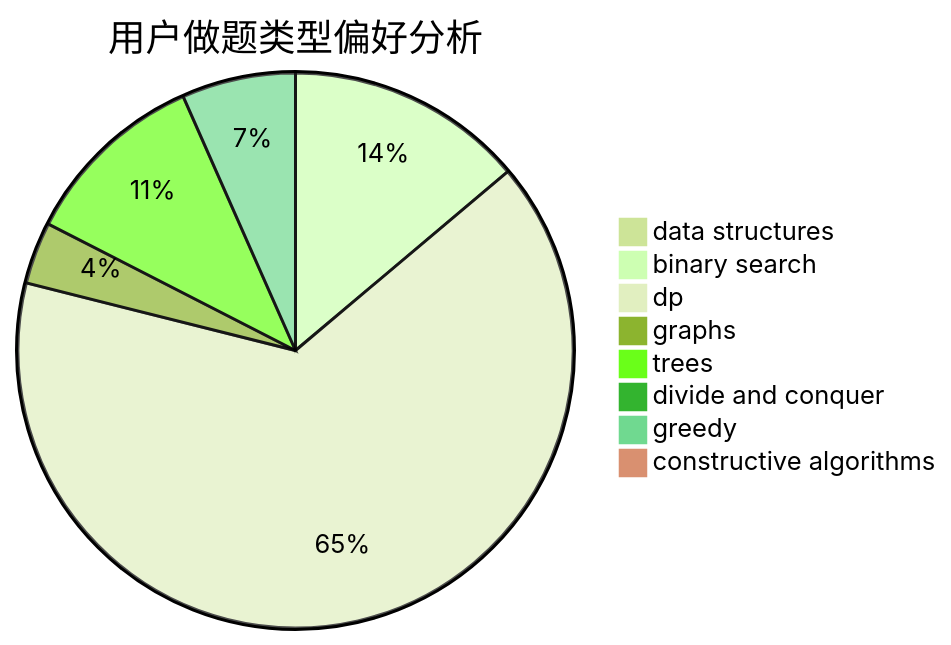
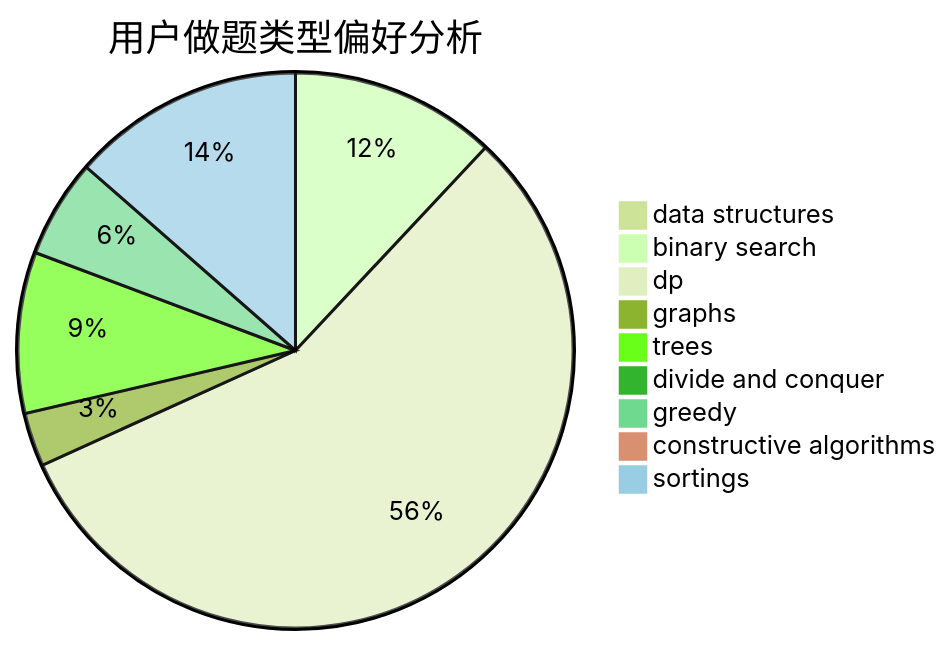
One commit to sherpahu/cfrs.github.io changed the second of 3 diagrams in docs/user/u1804.md. Above: the diagram before and after it, drawn with Mermaid (forest theme). The commit also changed other lines of this file and 2769 other files, not shown here.

````diff
--- a/docs/user/u1804.md
+++ b/docs/user/u1804.md
@@ -23,11 +18,12 @@
 ```mermaid
 pie title 用户做题类型偏好分析
     "data structures" :  0
     "binary search" :  23
     "dp" :  108
     "graphs" :  6
     "trees" :  18
     "divide and conquer" :  0
     "greedy" :  11
     "constructive algorithms" :  0
+    "sortings" :  26
 ```
````
